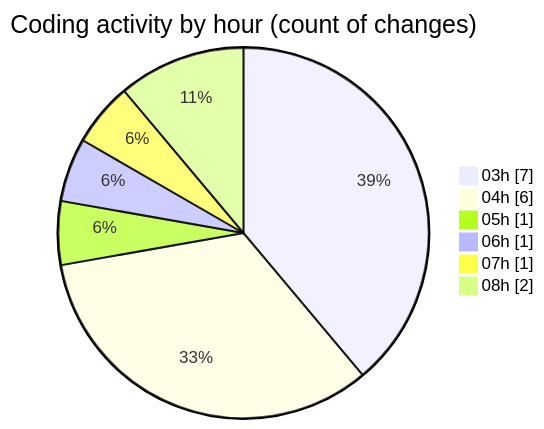
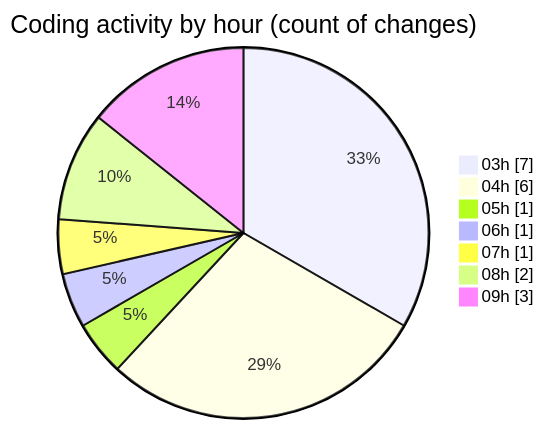
Before and after one commit to FelipKnott/code-tracking: the second of 2 diagrams in 2025-07-02/cursor/README.md, drawn with Mermaid. The commit also changed other lines of this file and 1 other file, not shown here.

````diff
--- a/2025-07-02/cursor/README.md
+++ b/2025-07-02/cursor/README.md
@@ -30,10 +30,11 @@
 ```mermaid
 pie showData
 title Coding activity by hour (count of changes)
 "03h" : 7
 "04h" : 6
 "05h" : 1
 "06h" : 1
 "07h" : 1
 "08h" : 2
+"09h" : 3
 ```
````
